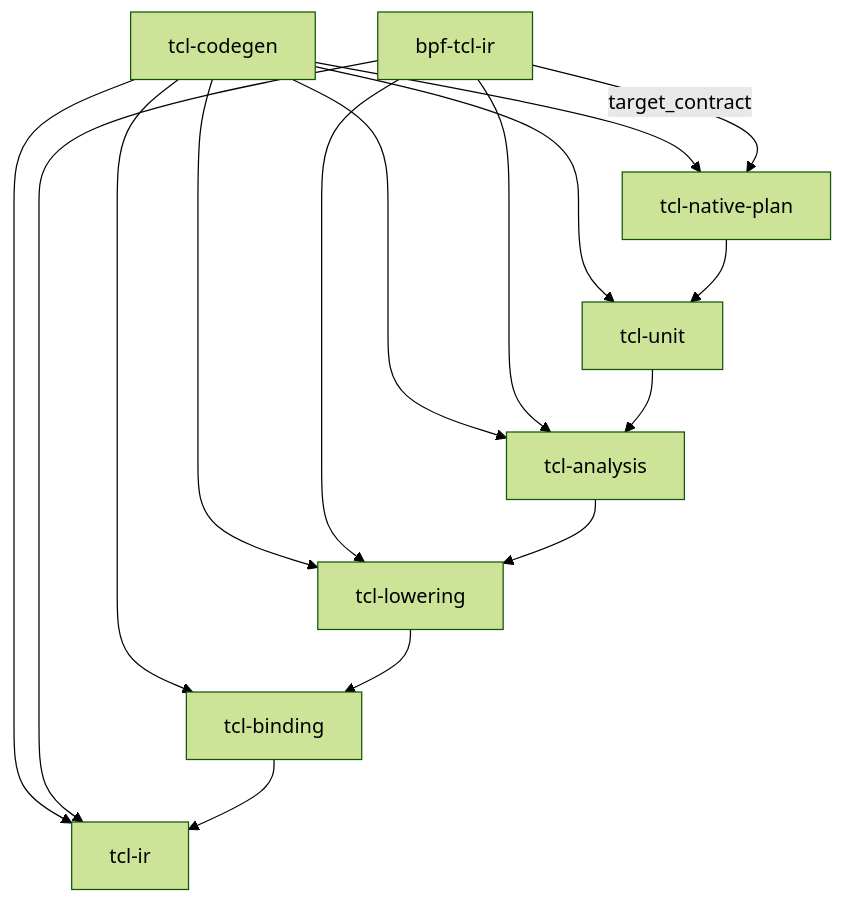
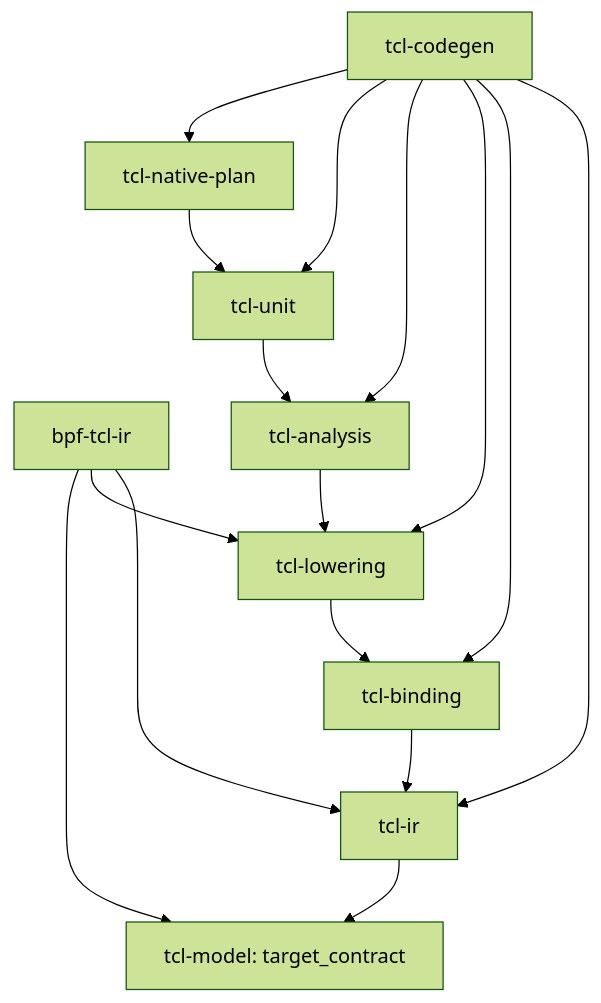
The diagram in docs/design/compiler/crate-split/11-tcl-native-plan.md (bitwisecook/tcl-lsp), drawn with Mermaid (forest theme) before and after one commit. The commit also changed other lines of this file and 12 other files, not shown here.

````diff
--- a/docs/design/compiler/crate-split/11-tcl-native-plan.md
+++ b/docs/design/compiler/crate-split/11-tcl-native-plan.md
@@ -204,22 +207,22 @@
 ```mermaid
 flowchart TB
   codegen["tcl-codegen"]
   bpf["bpf-tcl-ir"]
   nativePlan["tcl-native-plan"]
   unit["tcl-unit"]
   analysis["tcl-analysis"]
   lowering["tcl-lowering"]
   binding["tcl-binding"]
   ir["tcl-ir"]
   codegen --> nativePlan
   codegen --> unit
   codegen --> analysis
   codegen --> lowering
   codegen --> binding
   codegen --> ir
-  bpf -- "target_contract" --> nativePlan
-  bpf --> analysis
+  model["tcl-model: target_contract"]
+  bpf --> model
   bpf --> lowering
   bpf --> ir
-  nativePlan --> unit --> analysis --> lowering --> binding --> ir
+  nativePlan --> unit --> analysis --> lowering --> binding --> ir --> model
 ```
````
